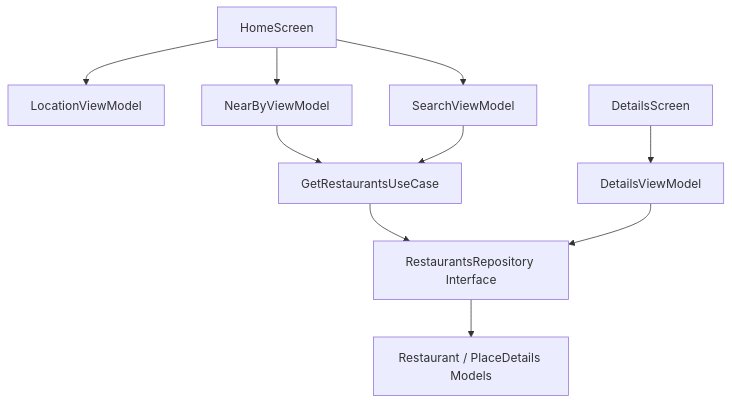
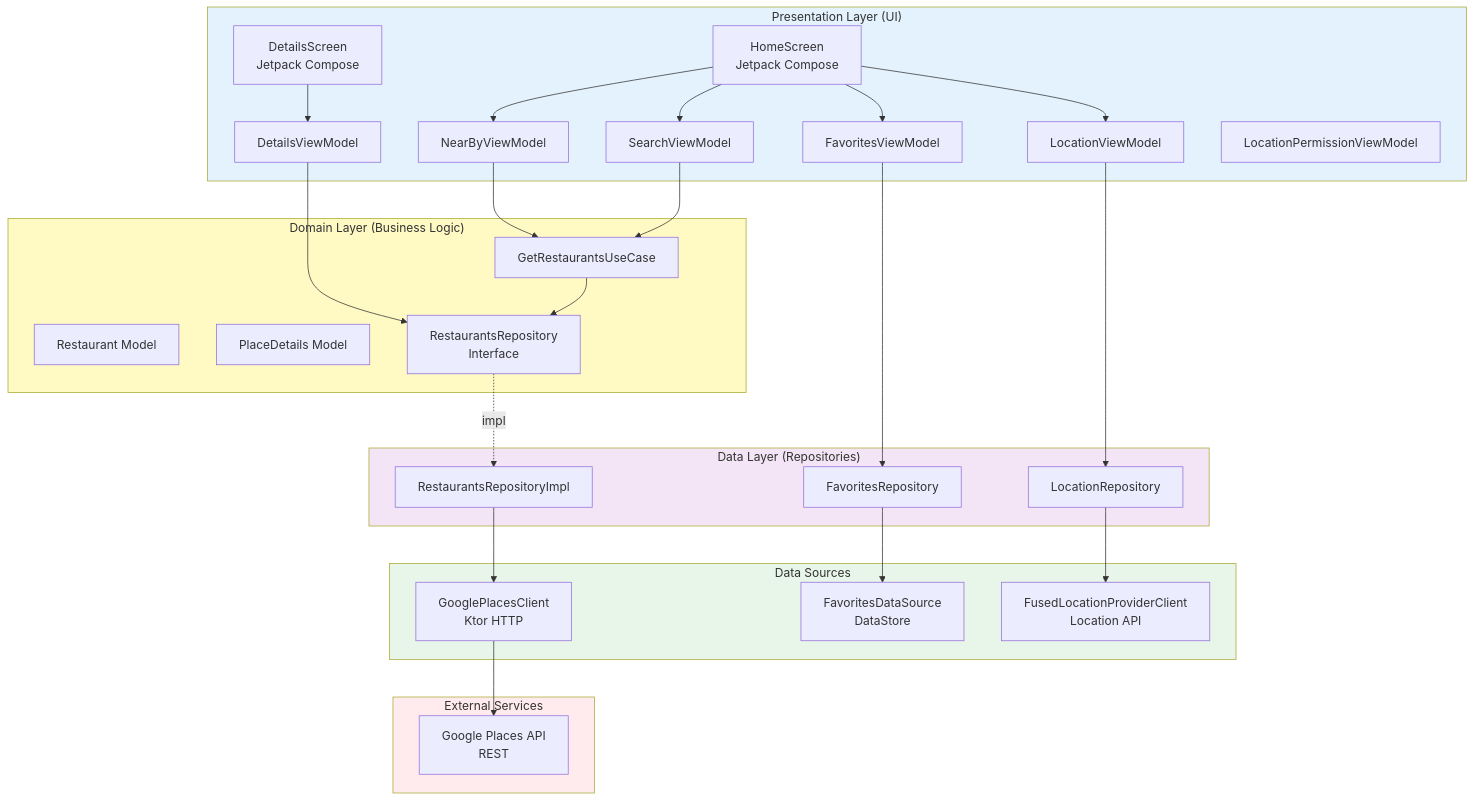
The second of 2 diagrams in README.md (sergenes/restaurantdiscovery), drawn with Mermaid before and after one commit. The commit also changed other lines of this file, not shown here.

Commit message:
docs: Update the architecture chart

````diff
--- a/README.md
+++ b/README.md
@@ -185,12 +185,62 @@
 ```mermaid
-graph TD
-    HS[HomeScreen] --> LVM[LocationViewModel]
-    HS --> VM1[NearByViewModel]
-    HS --> VM2[SearchViewModel]
-    DS[DetailsScreen] --> VM3[DetailsViewModel]
+graph TB
+    subgraph Presentation["Presentation Layer (UI)"]
+        HS[HomeScreen<br/>Jetpack Compose]
+        DS[DetailsScreen<br/>Jetpack Compose]
+        VM1[NearByViewModel]
+        VM2[SearchViewModel]
+        VM3[FavoritesViewModel]
+        VM4[DetailsViewModel]
+        VM5[LocationViewModel]
+        VM6[LocationPermissionViewModel]
 
-    VM1 & VM2 --> UC[GetRestaurantsUseCase]
-    UC --> Repo[RestaurantsRepository Interface]
-    VM3 --> Repo
-    Repo --> Model[Restaurant / PlaceDetails Models]
+        HS --> VM1
+        HS --> VM2
+        HS --> VM3
+        HS --> VM5
+        DS --> VM4
+    end
+
+    subgraph Domain["Domain Layer (Business Logic)"]
+        UC[GetRestaurantsUseCase]
+        M1[Restaurant Model]
+        M2[PlaceDetails Model]
+        RI[RestaurantsRepository<br/>Interface]
+
+        VM1 --> UC
+        VM2 --> UC
+        VM4 --> RI
+        UC --> RI
+    end
+
+    subgraph Data["Data Layer (Repositories)"]
+        RP[RestaurantsRepositoryImpl]
+        FR[FavoritesRepository]
+        LR[LocationRepository]
+
+        VM3 --> FR
+        VM5 --> LR
+        RI -. impl .-> RP
+    end
+
+    subgraph DataSources["Data Sources"]
+        GPC[GooglePlacesClient<br/>Ktor HTTP]
+        FDS[FavoritesDataSource<br/>DataStore]
+        FLP[FusedLocationProviderClient<br/>Location API]
+
+        RP --> GPC
+        FR --> FDS
+        LR --> FLP
+    end
+
+    subgraph External["External Services"]
+        API[Google Places API<br/>REST]
+        GPC --> API
+    end
+
+    style Presentation fill:#e3f2fd
+    style Domain fill:#fff9c4
+    style Data fill:#f3e5f5
+    style DataSources fill:#e8f5e9
+    style External fill:#ffebee
 ```
````
